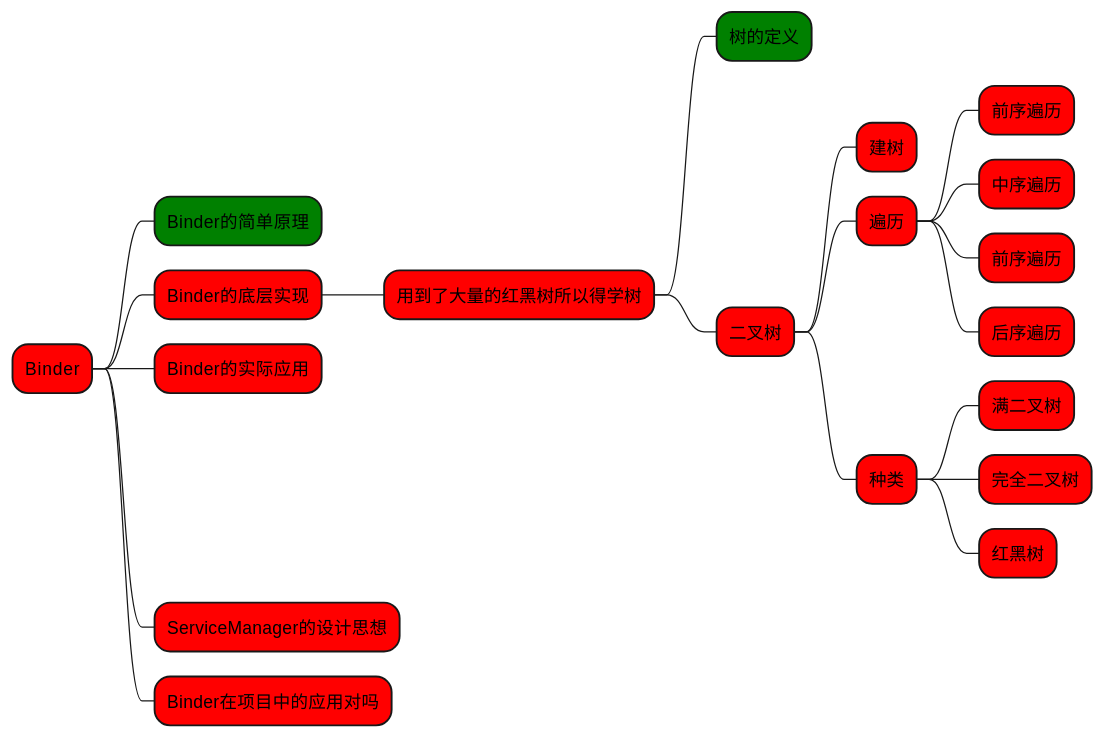
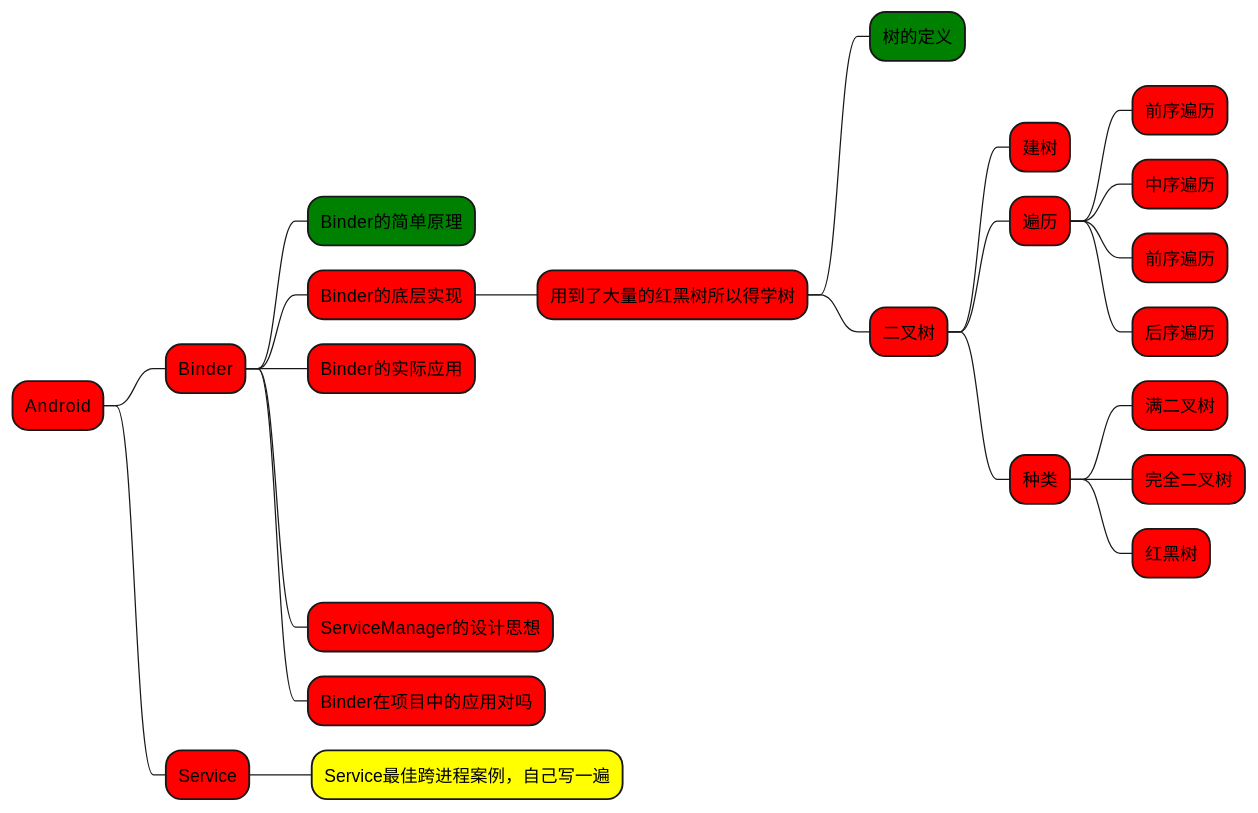
Before and after one commit to caoyali/BooksCodeDemo: the first of 3 diagrams in personal_planning/学习网络.md, drawn with PlantUML. The commit also changed other lines of this file and 1 other file, not shown here.

Commit message:
提交学习计划修改

````diff
--- a/personal_planning/学习网络.md
+++ b/personal_planning/学习网络.md
@@ -1,24 +1,26 @@
 ```puml
 @startmindmap 
-*[#red] Binder
- *[#green] Binder的简单原理
-  
- *[#red] Binder的底层实现
-  *[#red] 用到了大量的红黑树所以得学树
-   *[#green] 树的定义
-   *[#red] 二叉树
-    *[#red] 建树
-    *[#red] 遍历
-     *[#red] 前序遍历
-     *[#red] 中序遍历
-     *[#red] 前序遍历
-     *[#red] 后序遍历
-    *[#red] 种类
-     *[#red] 满二叉树
-     *[#red] 完全二叉树
-     *[#red] 红黑树
- *[#red] Binder的实际应用
- *[#red] ServiceManager的设计思想
- *[#red] Binder在项目中的应用对吗
+*[#red] Android
+ *[#red] Binder
+  *[#green] Binder的简单原理
+  *[#red] Binder的底层实现
+   *[#red] 用到了大量的红黑树所以得学树
+    *[#green] 树的定义
+    *[#red] 二叉树
+     *[#red] 建树
+     *[#red] 遍历
+      *[#red] 前序遍历
+      *[#red] 中序遍历
+      *[#red] 前序遍历
+      *[#red] 后序遍历
+     *[#red] 种类
+      *[#red] 满二叉树
+      *[#red] 完全二叉树
+      *[#red] 红黑树
+  *[#red] Binder的实际应用
+  *[#red] ServiceManager的设计思想
+  *[#red] Binder在项目中的应用对吗
+ *[#red] Service
+  *[#yellow] Service最佳跨进程案例，自己写一遍
 @endmindmap
 ```
````
